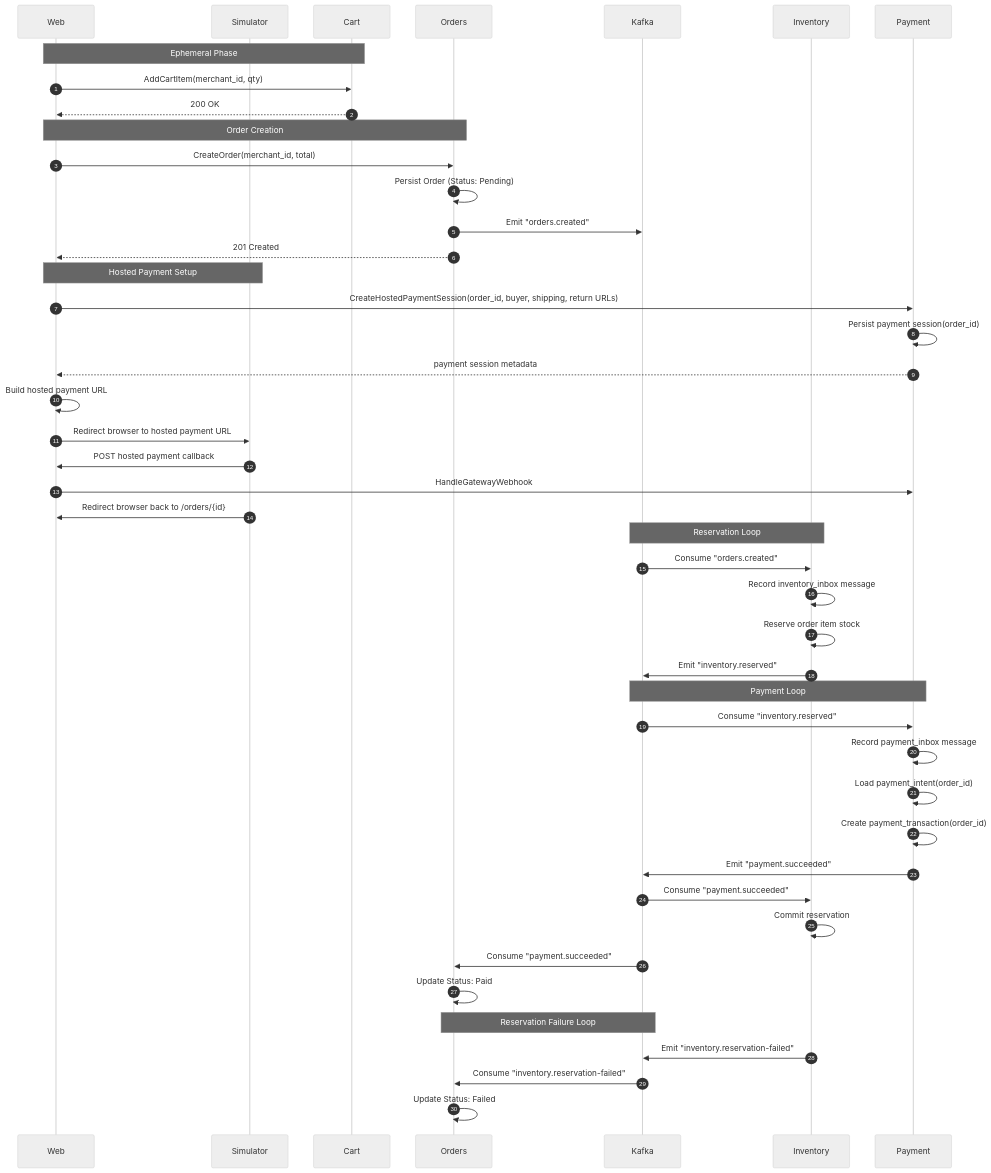
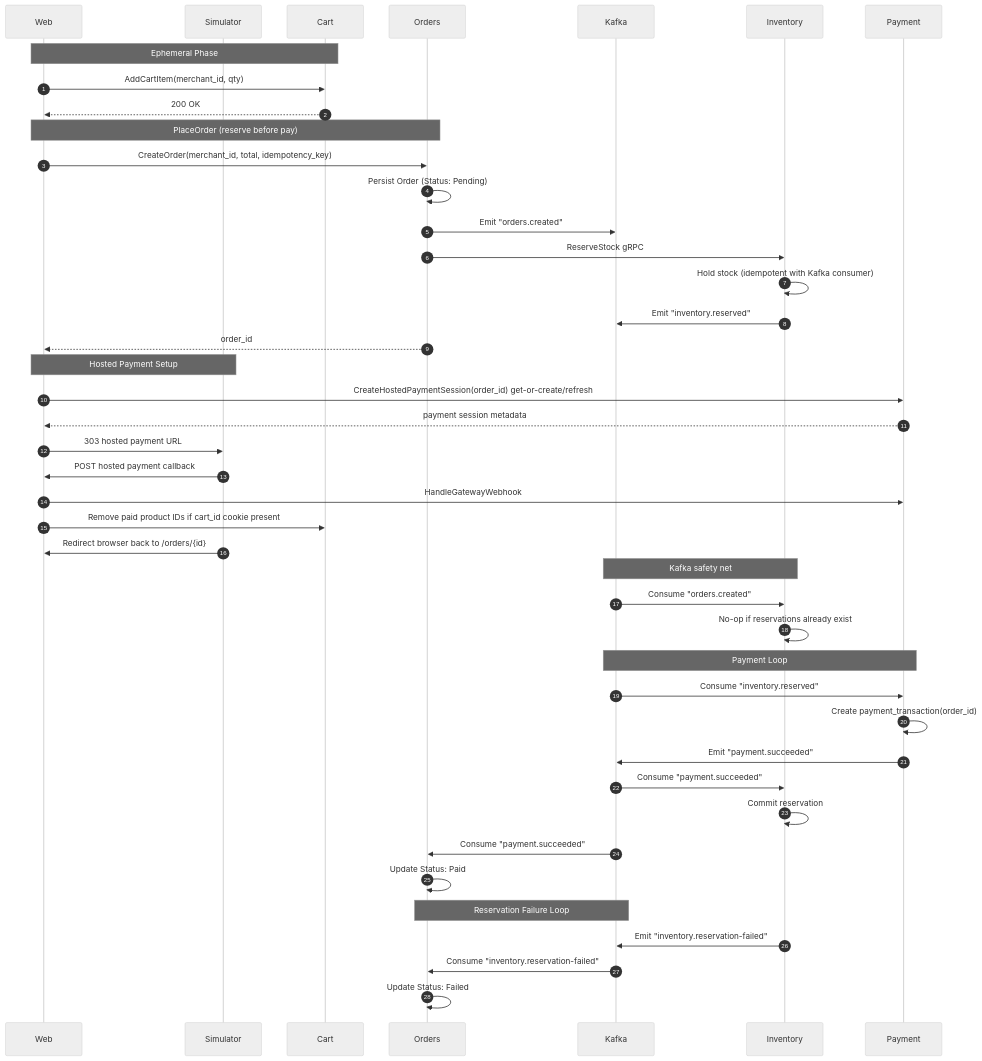
Before and after one commit to phuchoang2603/refurbished-marketplace: the diagram in docs/order-placement.md, drawn with Mermaid (neutral theme). The commit also changed other lines of this file and 57 other files, not shown here.

First line of the commit message:
PlaceOrder: reserve stock before hosted payment (#50)

````diff
--- a/docs/order-placement.md
+++ b/docs/order-placement.md
@@ -14,53 +14,51 @@
 ```mermaid
 sequenceDiagram
     autonumber
     participant WEB as Web
     participant SIM as Simulator
     participant CRT as Cart
     participant ORD as Orders
     participant K as Kafka
     participant INV as Inventory
     participant PAY as Payment
 
     Note over WEB, CRT: Ephemeral Phase
     WEB->>CRT: AddCartItem(merchant_id, qty)
     CRT-->>WEB: 200 OK
 
-    Note over WEB, ORD: Order Creation
-    WEB->>ORD: CreateOrder(merchant_id, total)
+    Note over WEB, ORD: PlaceOrder (reserve before pay)
+    WEB->>ORD: CreateOrder(merchant_id, total, idempotency_key)
     ORD->>ORD: Persist Order (Status: Pending)
     ORD->>K: Emit "orders.created"
-    ORD-->>WEB: 201 Created
+    ORD->>INV: ReserveStock gRPC
+    INV->>INV: Hold stock (idempotent with Kafka consumer)
+    INV->>K: Emit "inventory.reserved"
+    ORD-->>WEB: order_id
 
     Note over WEB, SIM: Hosted Payment Setup
-    WEB->>PAY: CreateHostedPaymentSession(order_id, buyer, shipping, return URLs)
-    PAY->>PAY: Persist payment session(order_id)
+    WEB->>PAY: CreateHostedPaymentSession(order_id) get-or-create/refresh
     PAY-->>WEB: payment session metadata
-    WEB->>WEB: Build hosted payment URL
-    WEB->>SIM: Redirect browser to hosted payment URL
+    WEB->>SIM: 303 hosted payment URL
     SIM->>WEB: POST hosted payment callback
     WEB->>PAY: HandleGatewayWebhook
+    WEB->>CRT: Remove paid product IDs if cart_id cookie present
     SIM->>WEB: Redirect browser back to /orders/{id}
 
-    Note over K, INV: Reservation Loop
+    Note over K, INV: Kafka safety net
     K->>INV: Consume "orders.created"
-    INV->>INV: Record inventory_inbox message
-    INV->>INV: Reserve order item stock
-    INV->>K: Emit "inventory.reserved"
+    INV->>INV: No-op if reservations already exist
 
     Note over K, PAY: Payment Loop
     K->>PAY: Consume "inventory.reserved"
-    PAY->>PAY: Record payment_inbox message
-    PAY->>PAY: Load payment_intent(order_id)
     PAY->>PAY: Create payment_transaction(order_id)
     PAY->>K: Emit "payment.succeeded"
     K->>INV: Consume "payment.succeeded"
     INV->>INV: Commit reservation
     K->>ORD: Consume "payment.succeeded"
     ORD->>ORD: Update Status: Paid
 
     Note over K, ORD: Reservation Failure Loop
     INV->>K: Emit "inventory.reservation-failed"
     K->>ORD: Consume "inventory.reservation-failed"
     ORD->>ORD: Update Status: Failed
 ```
````
